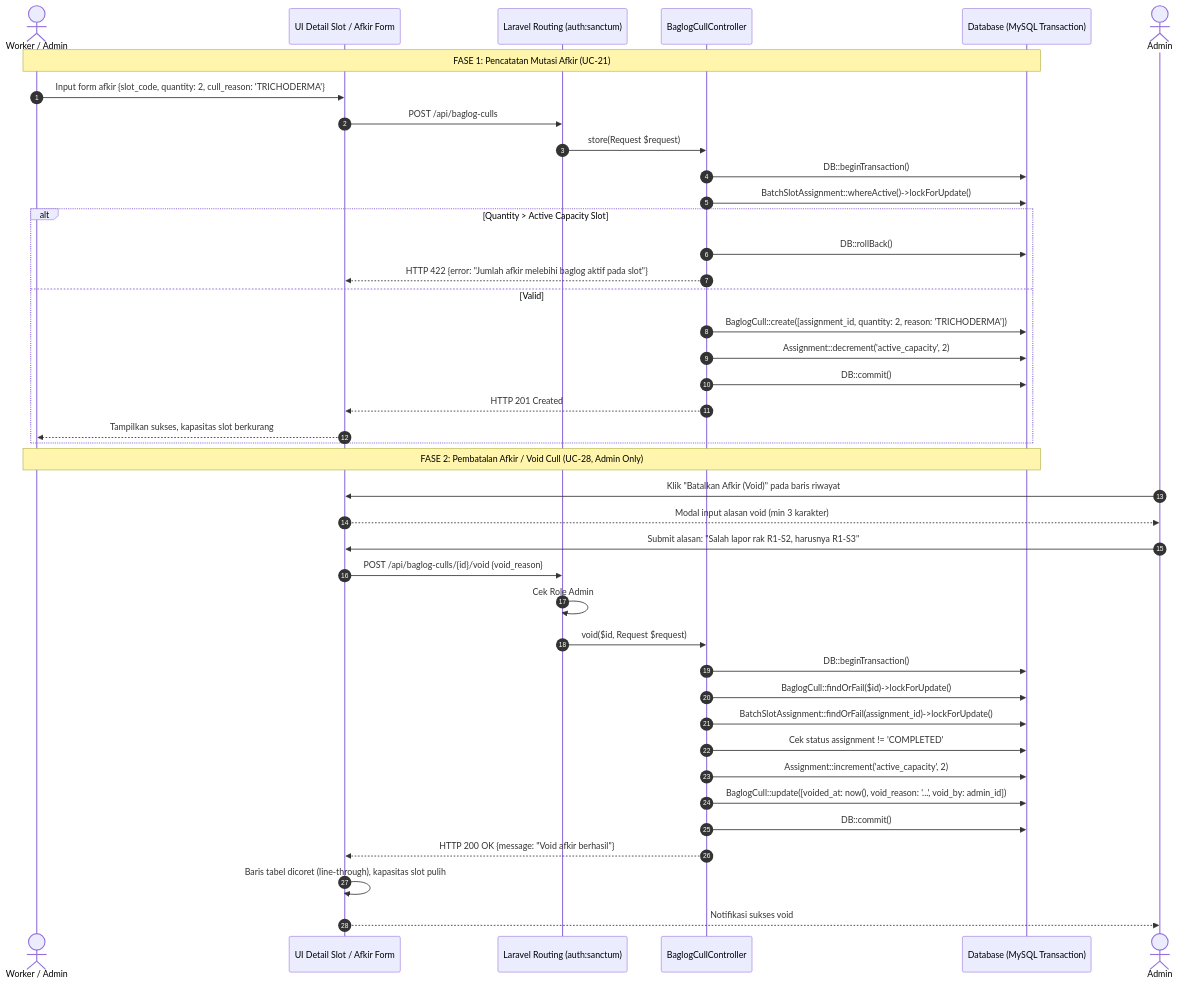
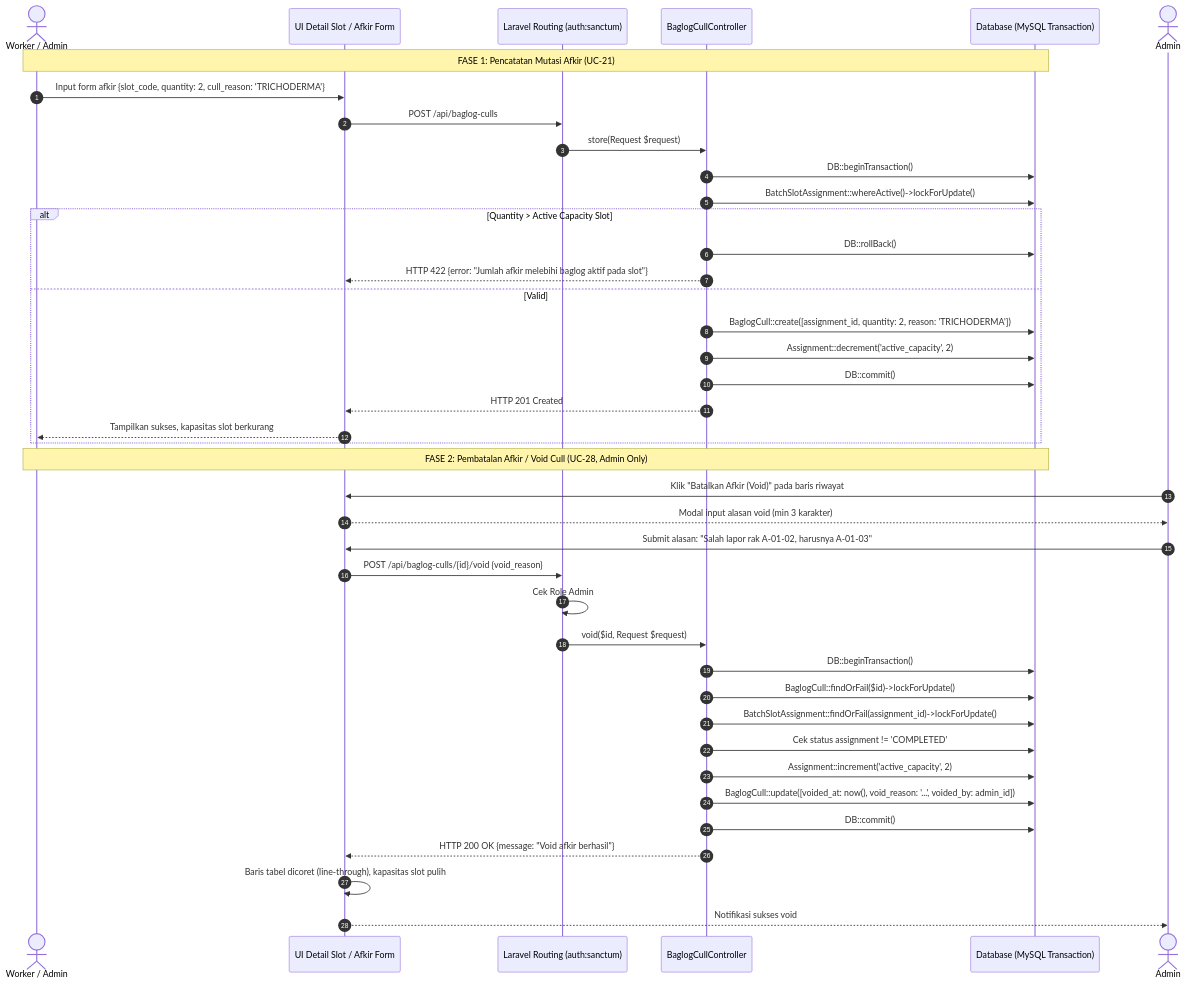
The sixth of 12 diagrams in docs/sequence_diagram.md (Kaz0342/TA), drawn with Mermaid before and after one commit. The commit also changed other lines of this file and 8 other files, not shown here.

Commit message:
docs(architecture): sinkronisasi komprehensif ERD, 30 Use Case, Sequence Diagram SD-01..SD-12, DFD Level 0..2, dan audit trail

````diff
--- a/docs/sequence_diagram.md
+++ b/docs/sequence_diagram.md
@@ -208,45 +216,45 @@
 ```mermaid
 sequenceDiagram
     autonumber
     actor User as Worker / Admin
     participant FE as UI Detail Slot / Afkir Form
     participant API as Laravel Routing (auth:sanctum)
     participant Ctrl as BaglogCullController
     participant DB as Database (MySQL Transaction)
 
     Note over User, DB: FASE 1: Pencatatan Mutasi Afkir (UC-21)
     User->>FE: Input form afkir {slot_code, quantity: 2, cull_reason: 'TRICHODERMA'}
     FE->>API: POST /api/baglog-culls
     API->>Ctrl: store(Request $request)
     Ctrl->>DB: DB::beginTransaction()
     Ctrl->>DB: BatchSlotAssignment::whereActive()->lockForUpdate()
     alt Quantity > Active Capacity Slot
         Ctrl->>DB: DB::rollBack()
         Ctrl-->>FE: HTTP 422 {error: "Jumlah afkir melebihi baglog aktif pada slot"}
     else Valid
         Ctrl->>DB: BaglogCull::create([assignment_id, quantity: 2, reason: 'TRICHODERMA'])
         Ctrl->>DB: Assignment::decrement('active_capacity', 2)
         Ctrl->>DB: DB::commit()
         Ctrl-->>FE: HTTP 201 Created
         FE-->>User: Tampilkan sukses, kapasitas slot berkurang
     end
 
     Note over User, DB: FASE 2: Pembatalan Afkir / Void Cull (UC-28, Admin Only)
     actor Admin as Admin
     Admin->>FE: Klik "Batalkan Afkir (Void)" pada baris riwayat
     FE-->>Admin: Modal input alasan void (min 3 karakter)
-    Admin->>FE: Submit alasan: "Salah lapor rak R1-S2, harusnya R1-S3"
+    Admin->>FE: Submit alasan: "Salah lapor rak A-01-02, harusnya A-01-03"
     FE->>API: POST /api/baglog-culls/{id}/void {void_reason}
     API->>API: Cek Role Admin
     API->>Ctrl: void($id, Request $request)
     Ctrl->>DB: DB::beginTransaction()
     Ctrl->>DB: BaglogCull::findOrFail($id)->lockForUpdate()
     Ctrl->>DB: BatchSlotAssignment::findOrFail(assignment_id)->lockForUpdate()
     Ctrl->>DB: Cek status assignment != 'COMPLETED'
     Ctrl->>DB: Assignment::increment('active_capacity', 2)
-    Ctrl->>DB: BaglogCull::update([voided_at: now(), void_reason: '...', void_by: admin_id])
+    Ctrl->>DB: BaglogCull::update([voided_at: now(), void_reason: '...', voided_by: admin_id])
     Ctrl->>DB: DB::commit()
     Ctrl-->>FE: HTTP 200 OK {message: "Void afkir berhasil"}
     FE->>FE: Baris tabel dicoret (line-through), kapasitas slot pulih
     FE-->>Admin: Notifikasi sukses void
 ```
````
